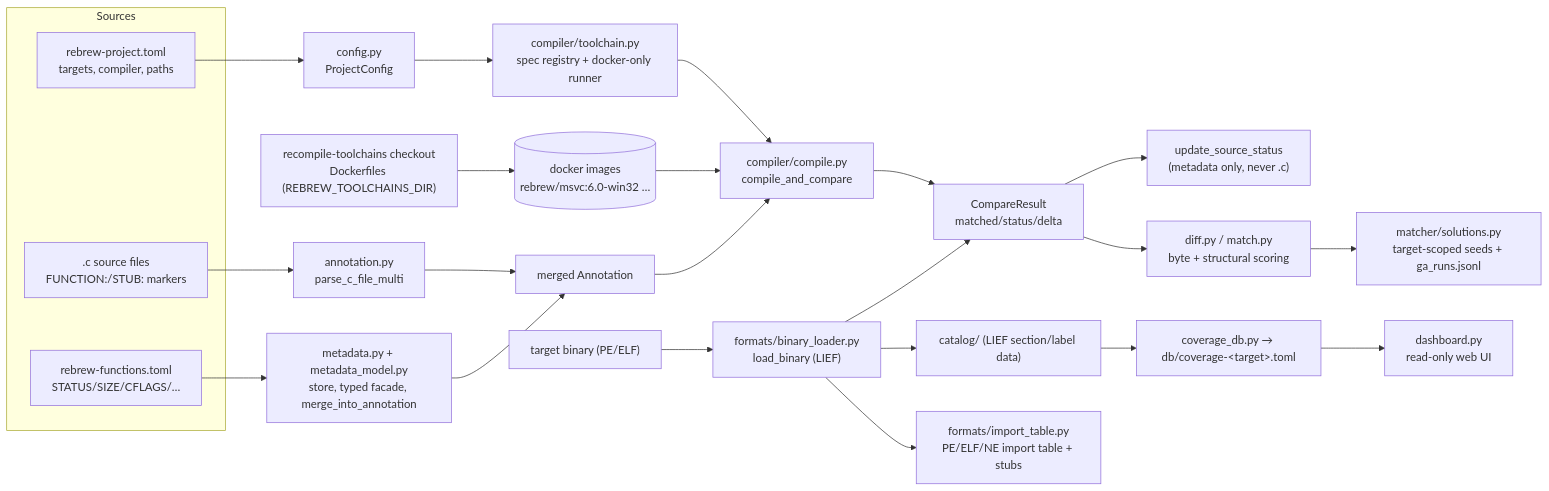
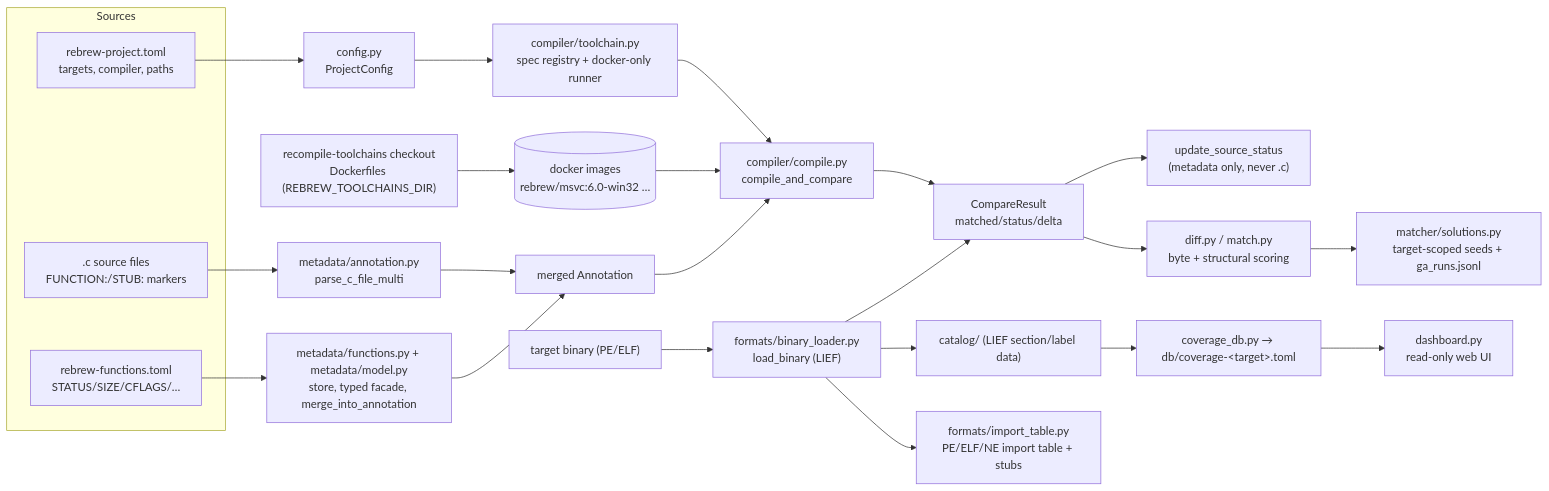
One commit to maci0/rebrew changed the diagram in docs/ARCHITECTURE.md. Above: the diagram before and after it, drawn with Mermaid. The commit also changed other lines of this file and 210 other files, not shown here.

````diff
--- a/docs/ARCHITECTURE.md
+++ b/docs/ARCHITECTURE.md
@@ -30,35 +30,35 @@
 ```mermaid
 flowchart LR
     subgraph Sources
         C[".c source files<br/>FUNCTION:/STUB: markers"]
         TOML["rebrew-project.toml<br/>targets, compiler, paths"]
         META["rebrew-functions.toml<br/>STATUS/SIZE/CFLAGS/…"]
     end
 
-    C --> ANNOT["annotation.py<br/>parse_c_file_multi"]
-    META --> FACADE["metadata.py + metadata_model.py<br/>store, typed facade, merge_into_annotation"]
+    C --> ANNOT["metadata/annotation.py<br/>parse_c_file_multi"]
+    META --> FACADE["metadata/functions.py + metadata/model.py<br/>store, typed facade, merge_into_annotation"]
     TOML --> CFG["config.py<br/>ProjectConfig"]
 
     ANNOT --> MERGED["merged Annotation"]
     FACADE --> MERGED
 
     CFG --> TOOLCHAIN["compiler/toolchain.py<br/>spec registry + docker-only runner"]
     RT["recompile-toolchains checkout<br/>Dockerfiles (REBREW_TOOLCHAINS_DIR)"] --> IMG[("docker images<br/>rebrew/msvc:6.0-win32 …")]
     TOOLCHAIN --> COMPILE["compiler/compile.py<br/>compile_and_compare"]
     IMG --> COMPILE
 
     BIN["target binary (PE/ELF)"] --> LOAD["formats/binary_loader.py<br/>load_binary (LIEF)"]
     MERGED --> COMPILE
     COMPILE --> CMP["CompareResult<br/>matched/status/delta"]
     LOAD --> CMP
 
     CMP --> STATUS["update_source_status<br/>(metadata only, never .c)"]
     CMP --> DIFF["diff.py / match.py<br/>byte + structural scoring"]
 
     LOAD --> CATALOG["catalog/ (LIEF section/label data)"]
     CATALOG --> DB["coverage_db.py → db/coverage-&lt;target&gt;.toml"]
     DB --> DASH["dashboard.py<br/>read-only web UI"]
 
     LOAD --> IMPORTS["formats/import_table.py<br/>PE/ELF/NE import table + stubs"]
     DIFF --> SOL["matcher/solutions.py<br/>target-scoped seeds + ga_runs.jsonl"]
 ```
````
